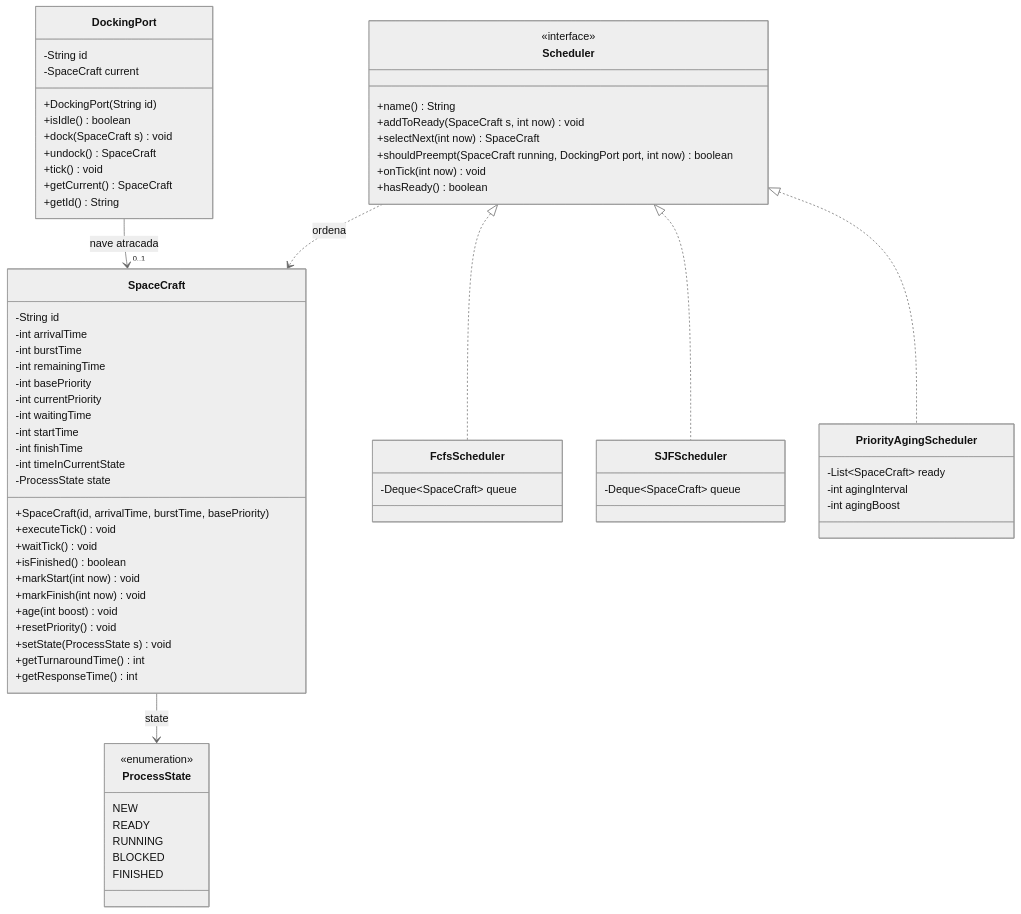
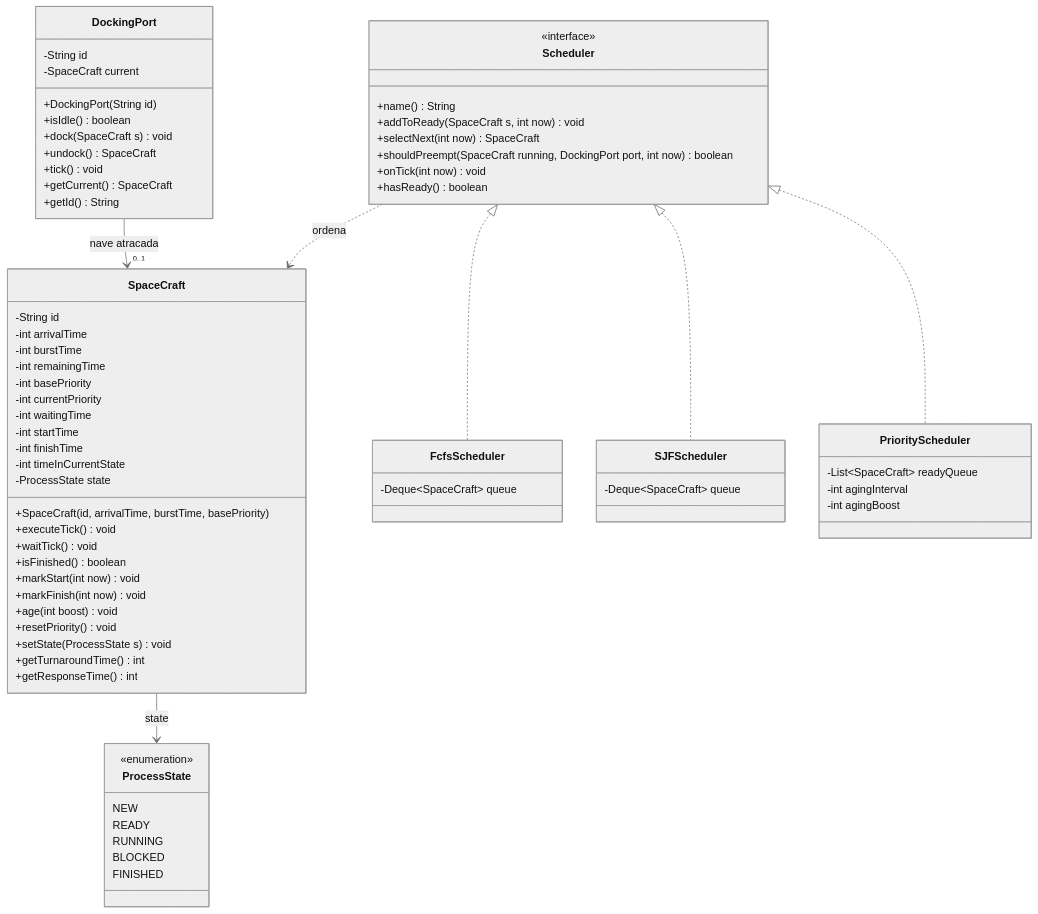
One commit to Felipe-Tagawa/Promethean changed the second of 6 diagrams in docs/uml/README.md. Above: the diagram before and after it, drawn with Mermaid (neutral theme). The commit also changed other lines of this file and 1 other file, not shown here.

````diff
--- a/docs/uml/README.md
+++ b/docs/uml/README.md
@@ -101,81 +99,81 @@
 ```mermaid
 classDiagram
     direction TB
 
     class ProcessState {
         <<enumeration>>
         NEW
         READY
         RUNNING
         BLOCKED
         FINISHED
     }
 
     class SpaceCraft {
         -String id
         -int arrivalTime
         -int burstTime
         -int remainingTime
         -int basePriority
         -int currentPriority
         -int waitingTime
         -int startTime
         -int finishTime
         -int timeInCurrentState
         -ProcessState state
         +SpaceCraft(id, arrivalTime, burstTime, basePriority)
         +executeTick() void
         +waitTick() void
         +isFinished() boolean
         +markStart(int now) void
         +markFinish(int now) void
         +age(int boost) void
         +resetPriority() void
         +setState(ProcessState s) void
         +getTurnaroundTime() int
         +getResponseTime() int
     }
 
     class DockingPort {
         -String id
         -SpaceCraft current
         +DockingPort(String id)
         +isIdle() boolean
         +dock(SpaceCraft s) void
         +undock() SpaceCraft
         +tick() void
         +getCurrent() SpaceCraft
         +getId() String
     }
 
     class Scheduler {
         <<interface>>
         +name() String
         +addToReady(SpaceCraft s, int now) void
         +selectNext(int now) SpaceCraft
         +shouldPreempt(SpaceCraft running, DockingPort port, int now) boolean
         +onTick(int now) void
         +hasReady() boolean
     }
 
     class FcfsScheduler {
         -Deque~SpaceCraft~ queue
     }
 
     class SJFScheduler {
         -Deque~SpaceCraft~ queue
     }
 
-    class PriorityAgingScheduler {
-        -List~SpaceCraft~ ready
+    class PriorityScheduler {
+        -List~SpaceCraft~ readyQueue
         -int agingInterval
         -int agingBoost
     }
 
     SpaceCraft --> ProcessState : state
     DockingPort --> "0..1" SpaceCraft : nave atracada
     Scheduler <|.. FcfsScheduler
     Scheduler <|.. SJFScheduler
-    Scheduler <|.. PriorityAgingScheduler
+    Scheduler <|.. PriorityScheduler
     Scheduler ..> SpaceCraft : ordena
 ```
````
